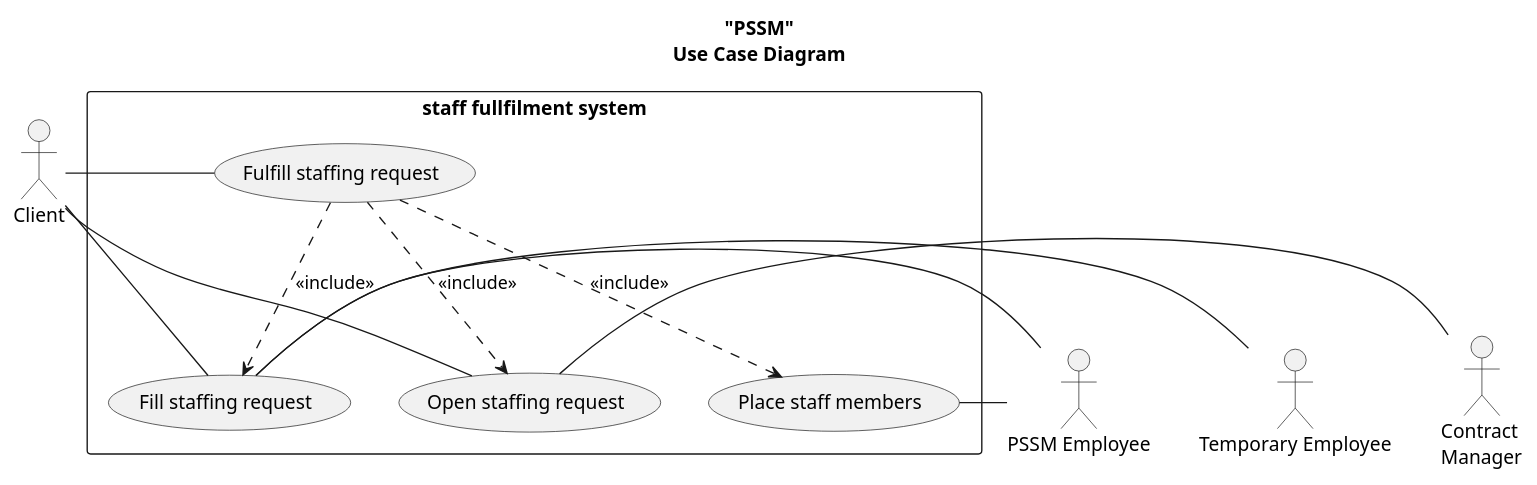
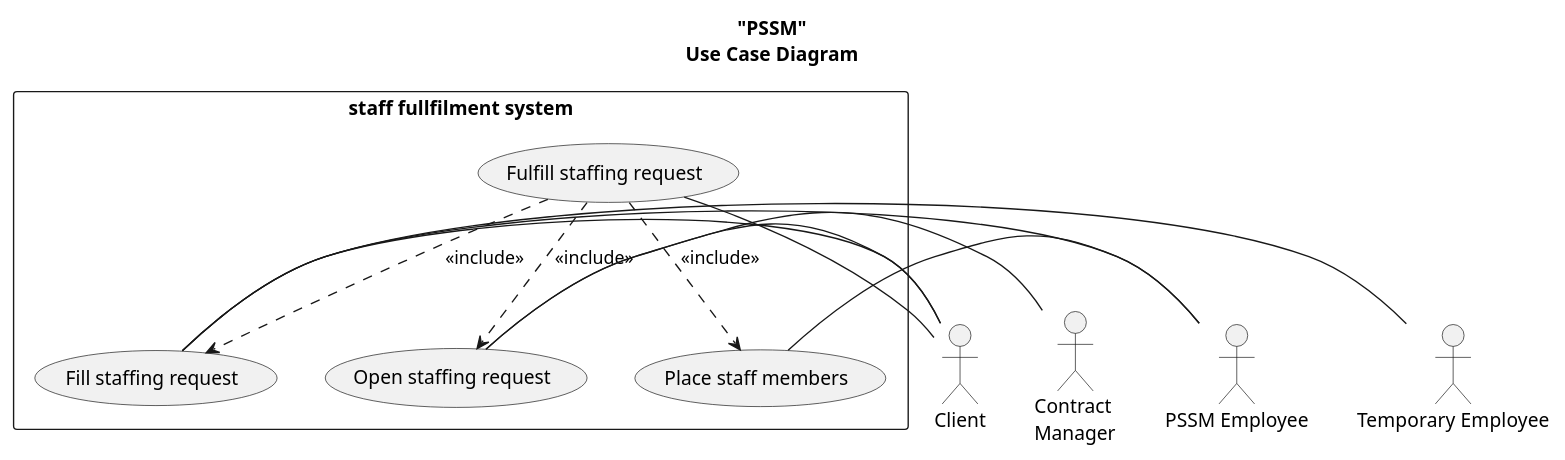
One commit to Nuissance/CIS641-capstone changed the diagram in Analysis/functional/PSSM_staff_fullfilment_uc.puml. Above: the diagram before and after it, drawn with PlantUML.

Commit message:
fixing layout of the Use Case Diagram

```diff
--- a/Analysis/functional/PSSM_staff_fullfilment_uc.puml
+++ b/Analysis/functional/PSSM_staff_fullfilment_uc.puml
@@ -1,28 +1,28 @@
 @startuml
 skinparam monochrome true
-
+'left to right direction
 title "PSSM"\nUse Case Diagram
 
 rectangle "staff fullfilment system" as S {
     (Fulfill staffing request) as FFSR
     (Open staffing request) as OSR
     (Place staff members) as PSM
     (Fill staffing request) as FSR
 }
 FFSR ..> OSR : <<include>>
 FFSR ..> PSM : <<include>>
 FFSR ..> FSR : <<include>>
 
 :Contract \nManager: as CM
 :Client: as C
 :PSSM Employee: as PSSM
 :Temporary Employee: as TE
 
 C - FFSR
 C - FSR
-C - OSR
-CM - OSR
-PSSM - PSM
+OSR - C
+OSR - CM
+PSM - PSSM
 PSSM - FSR
 TE - FSR
 @enduml
```
